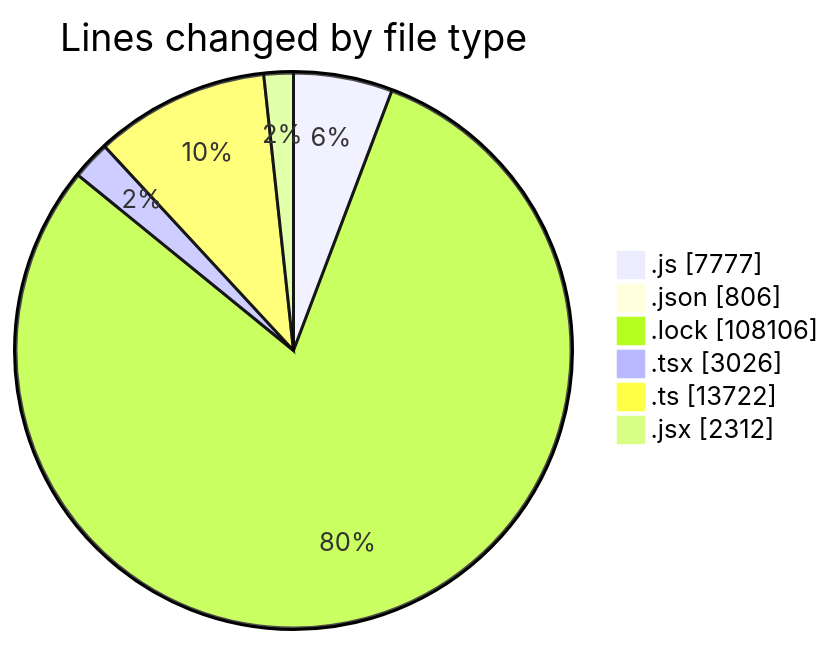
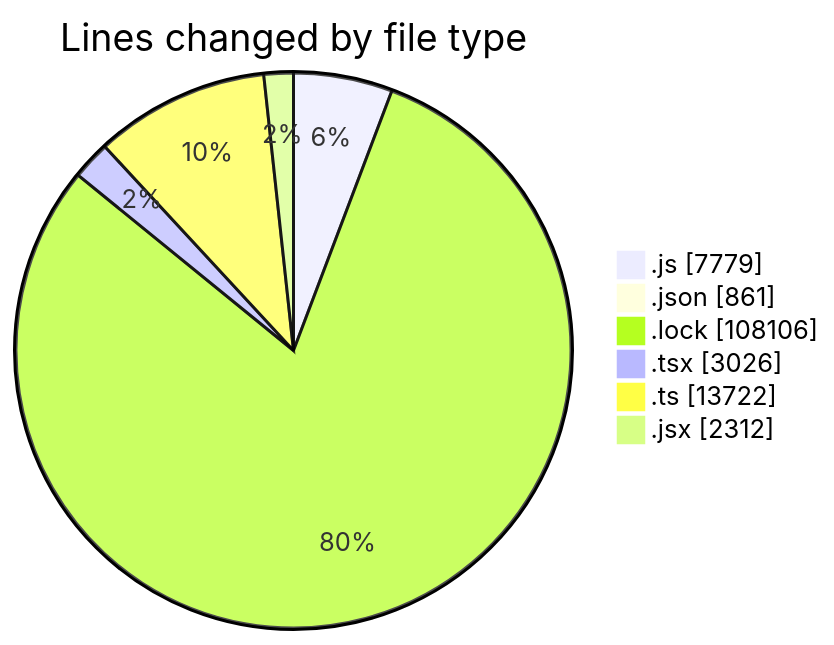
One commit to momahboobian/code-tracking changed the first of 2 diagrams in 2025-12-18/cda/README.md. Above: the diagram before and after it, drawn with Mermaid. The commit also changed other lines of this file and 1 other file, not shown here.

````diff
--- a/2025-12-18/cda/README.md
+++ b/2025-12-18/cda/README.md
@@ -105,10 +106,10 @@
 ```mermaid
 pie showData
 title Lines changed by file type
-".js" : 7777
-".json" : 806
+".js" : 7779
+".json" : 861
 ".lock" : 108106
 ".tsx" : 3026
 ".ts" : 13722
 ".jsx" : 2312
 ```
````
